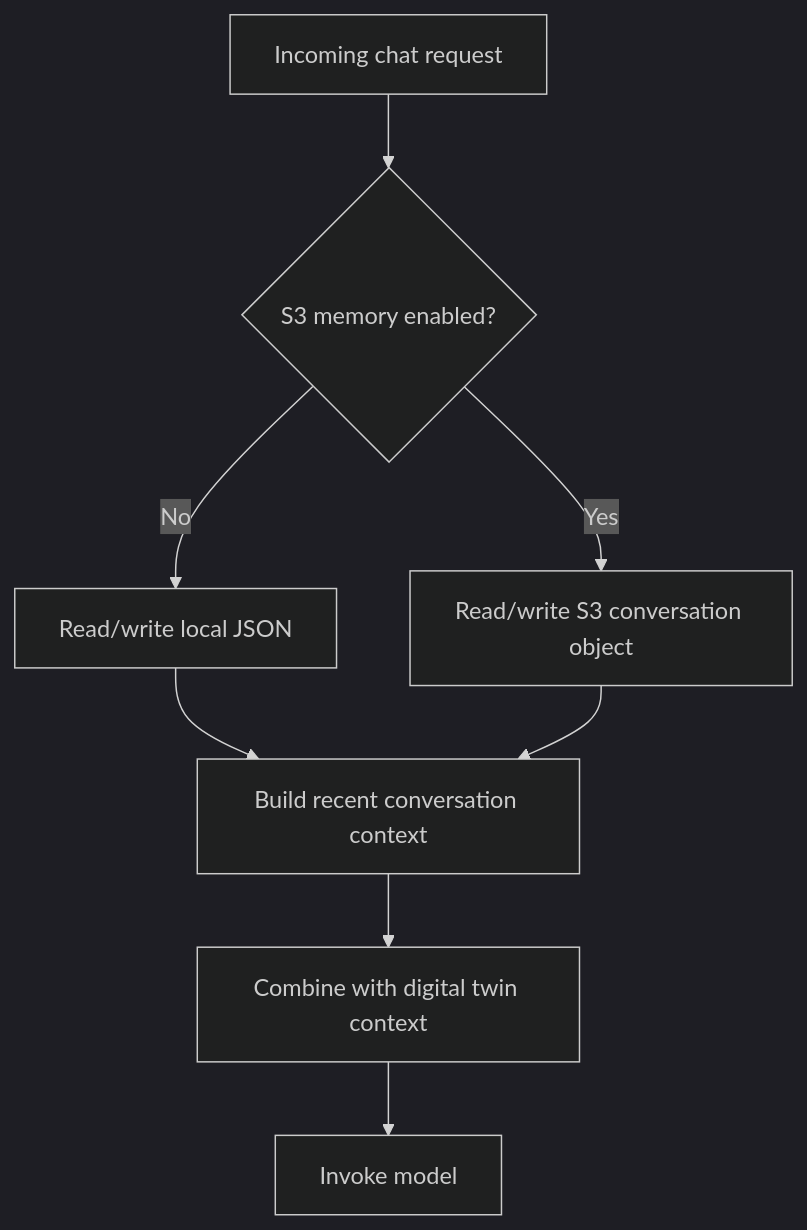
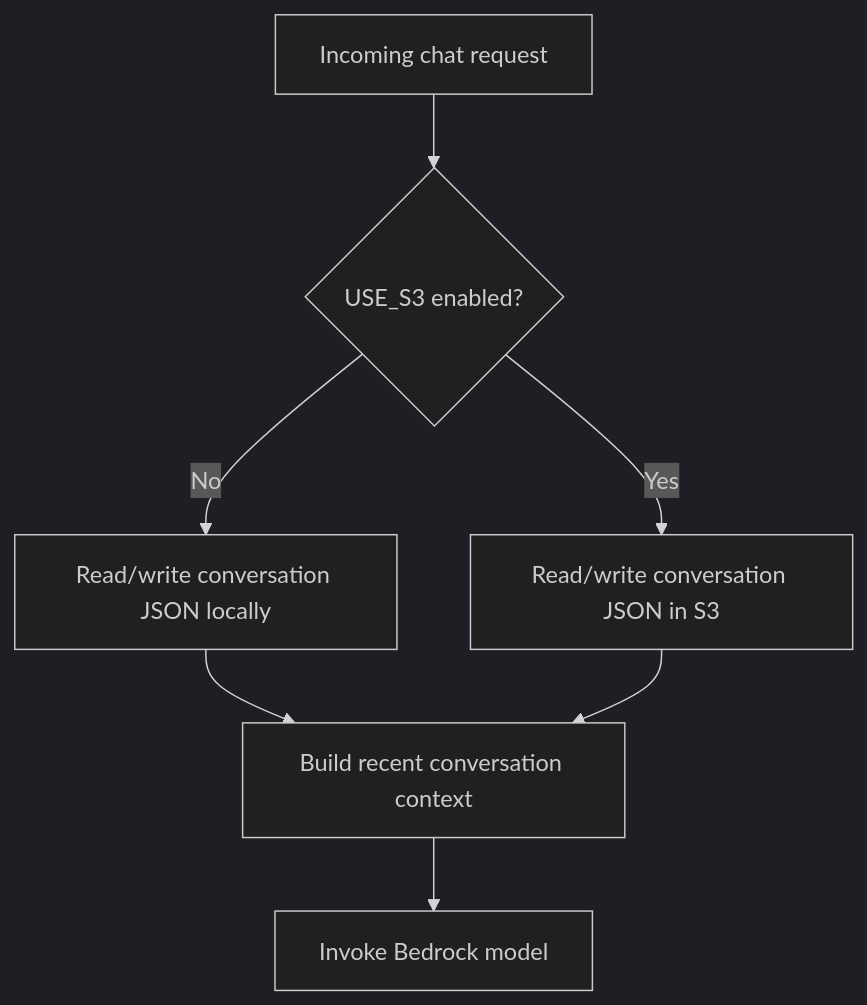
Before and after one commit to bkane56/twin: the fourth of 4 diagrams in README.md, drawn with Mermaid (dark theme). The commit also changed other lines of this file and 15 other files, not shown here.

````diff
--- a/README.md
+++ b/README.md
@@ -122,10 +181,9 @@
 ```mermaid
 flowchart TD
-    Request[Incoming chat request] --> Mode{S3 memory enabled?}
-    Mode -- No --> Local[Read/write local JSON]
-    Mode -- Yes --> Bucket[Read/write S3 conversation object]
-    Local --> Recent[Build recent conversation context]
-    Bucket --> Recent
-    Recent --> Prompt[Combine with digital twin context]
-    Prompt --> Model[Invoke model]
+    Chat[Incoming chat request] --> Mode{USE_S3 enabled?}
+    Mode -- No --> Local[Read/write conversation JSON locally]
+    Mode -- Yes --> S3[Read/write conversation JSON in S3]
+    Local --> Context[Build recent conversation context]
+    S3 --> Context
+    Context --> Model[Invoke Bedrock model]
 ```
````
